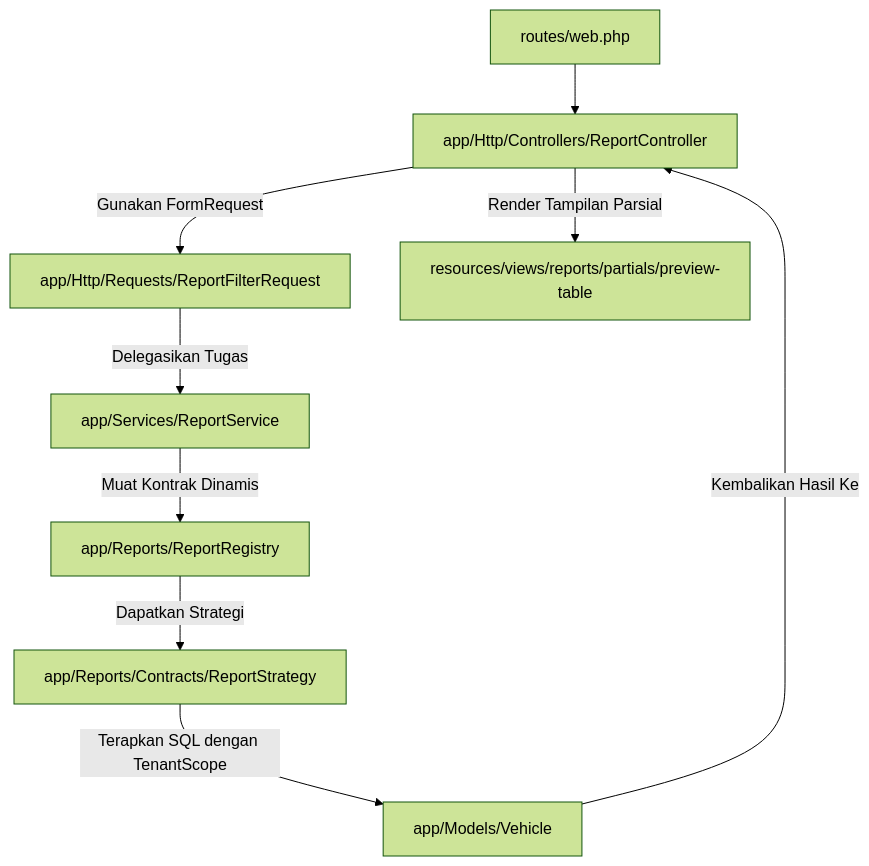
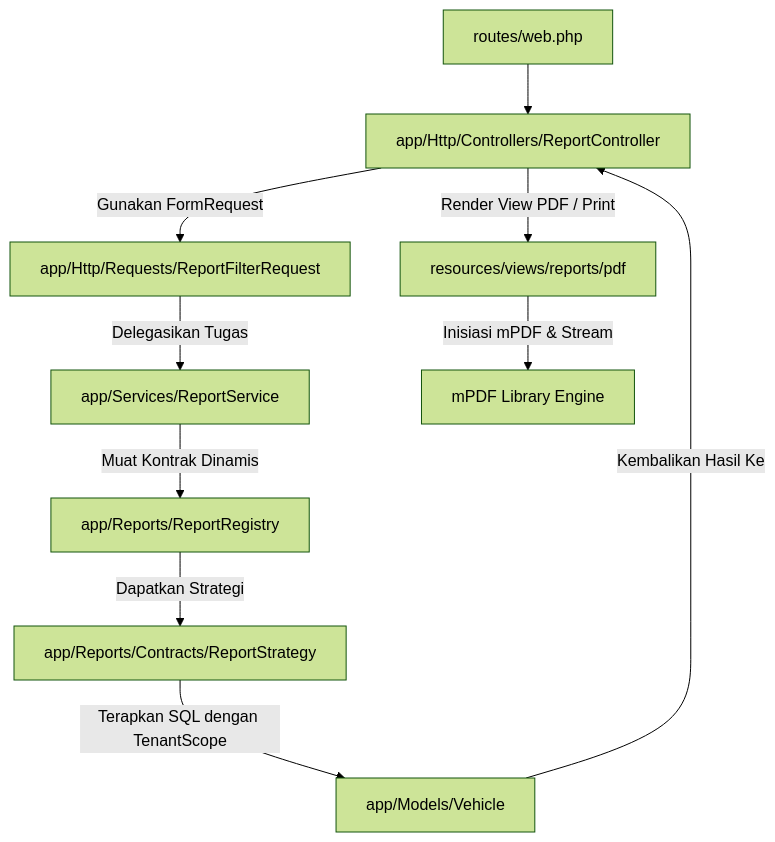
One commit to arifhyde98/E-RANDIS_PHP changed the third of 4 diagrams in resources/features/laporan/requirements.md. Above: the diagram before and after it, drawn with Mermaid (forest theme). The commit also changed other lines of this file and 29 other files, not shown here.

````diff
--- a/resources/features/laporan/requirements.md
+++ b/resources/features/laporan/requirements.md
@@ -87,11 +128,12 @@
 ```mermaid
 graph TD
     Rute[routes/web.php] --> RC[app/Http/Controllers/ReportController]
     RC -->|Gunakan FormRequest| Req[app/Http/Requests/ReportFilterRequest]
     Req -->|Delegasikan Tugas| RS[app/Services/ReportService]
     RS -->|Muat Kontrak Dinamis| Registry[app/Reports/ReportRegistry]
     Registry -->|Dapatkan Strategi| Strategy[app/Reports/Contracts/ReportStrategy]
     Strategy -->|Terapkan SQL dengan TenantScope| Model[app/Models/Vehicle]
     Model -->|Kembalikan Hasil Ke| RC
-    RC -->|Render Tampilan Parsial| Blade[resources/views/reports/partials/preview-table]
+    RC -->|Render View PDF / Print| Blade[resources/views/reports/pdf]
+    Blade -->|Inisiasi mPDF & Stream| mPDF[mPDF Library Engine]
 ```
````
